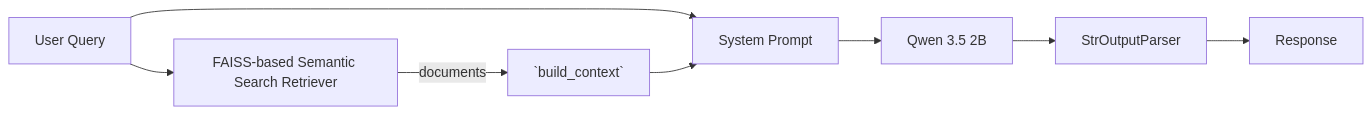
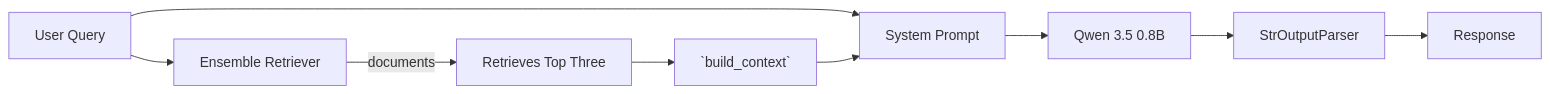
The diagram in README.md (UBC-MDS/DSCI_575_project_alnliu11_lightgl), drawn with Mermaid before and after one commit. The commit also changed other lines of this file and 1 other file, not shown here.

````diff
--- a/README.md
+++ b/README.md
@@ -24,10 +24,11 @@
 ```mermaid
 graph LR
-    Query[User Query] --> Ret[FAISS-based Semantic Search Retriever]
-    Ret -- documents --> Context[`build_context`]
+    Query[User Query] --> Ret[Ensemble Retriever]
+    Ret -- documents --> Lambda[Retrieves Top Three]
+    Lambda --> Context[`build_context`]
     Query --> Prompt[System Prompt]
     Context --> Prompt
-    Prompt --> LLM[Qwen 3.5 2B]
+    Prompt --> LLM[Qwen 3.5 0.8B]
     LLM --> Parser[StrOutputParser]
     Parser --> Response[Response]
 ```
````
